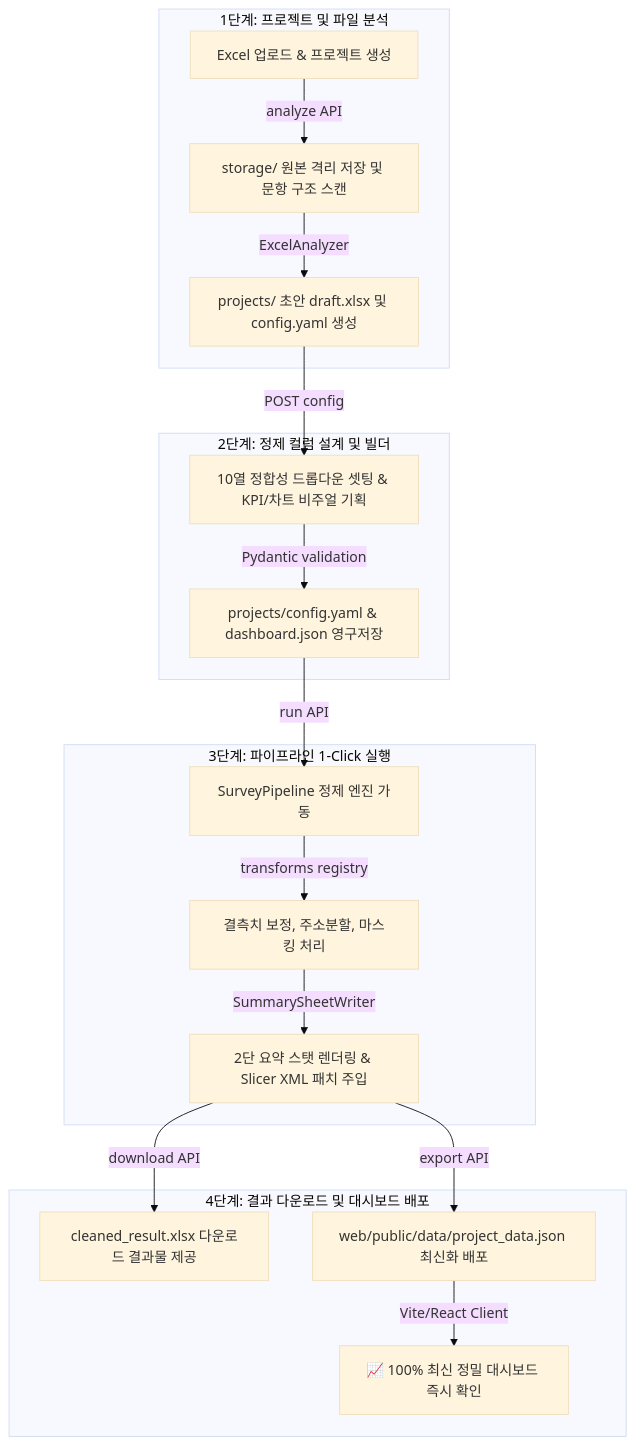
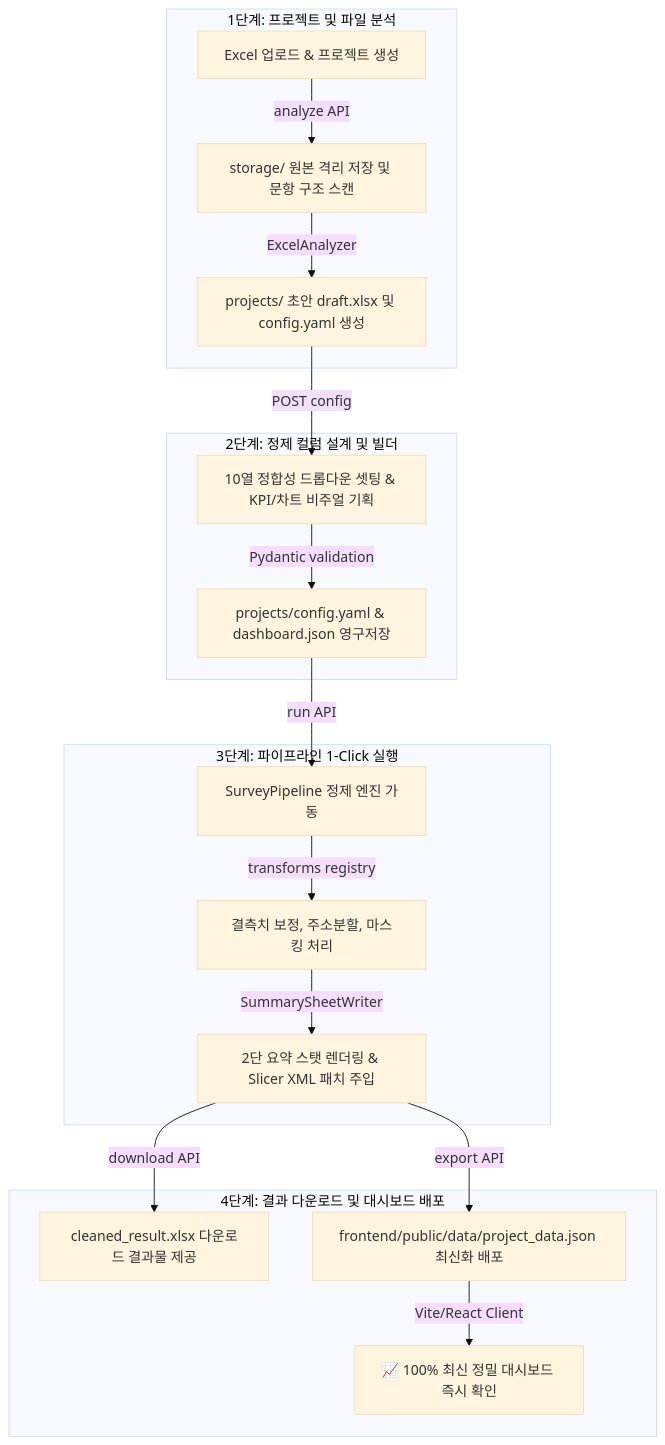
The first of 2 diagrams in GUIDE.md (chamgil71/clearsurvey), drawn with Mermaid (base theme) before and after one commit. The commit also changed other lines of this file and 49 other files, not shown here.

````diff
--- a/GUIDE.md
+++ b/GUIDE.md
@@ -45,24 +45,24 @@
 ```mermaid
 flowchart TD
     subgraph Data_Loader [1단계: 프로젝트 및 파일 분석]
         A[Excel 업로드 & 프로젝트 생성] -->|analyze API| B[storage/ 원본 격리 저장 및 문항 구조 스캔]
         B -->|ExcelAnalyzer| C[projects/ 초안 draft.xlsx 및 config.yaml 생성]
     end
 
     subgraph Config_Builder [2단계: 정제 컬럼 설계 및 빌더]
         C -->|POST config| D[10열 정합성 드롭다운 셋팅 & KPI/차트 비주얼 기획]
         D -->|Pydantic validation| E[projects/config.yaml & dashboard.json 영구저장]
     end
 
     subgraph Cleansing_Engine [3단계: 파이프라인 1-Click 실행]
         E -->|run API| F[SurveyPipeline 정제 엔진 가동]
         F -->|transforms registry| G[결측치 보정, 주소분할, 마스킹 처리]
         G -->|SummarySheetWriter| H[2단 요약 스탯 렌더링 & Slicer XML 패치 주입]
     end
 
     subgraph Dashboard_Deploy [4단계: 결과 다운로드 및 대시보드 배포]
         H -->|download API| I[cleaned_result.xlsx 다운로드 결과물 제공]
-        H -->|export API| J[web/public/data/project_data.json 최신화 배포]
+        H -->|export API| J[frontend/public/data/project_data.json 최신화 배포]
         J -->|Vite/React Client| K[📈 100% 최신 정밀 대시보드 즉시 확인]
     end
 ```
````
